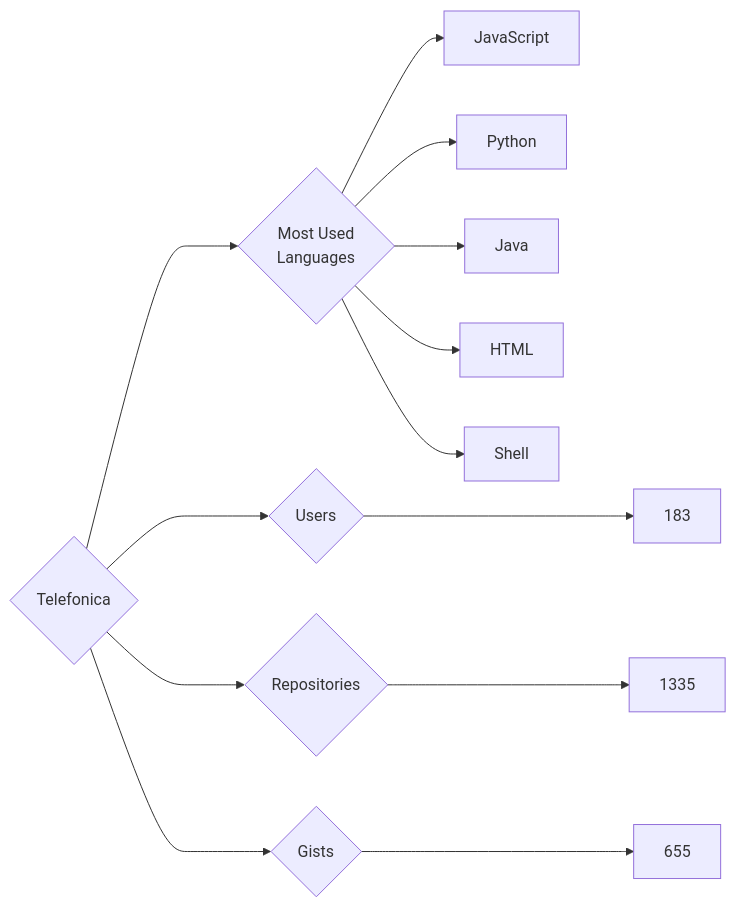
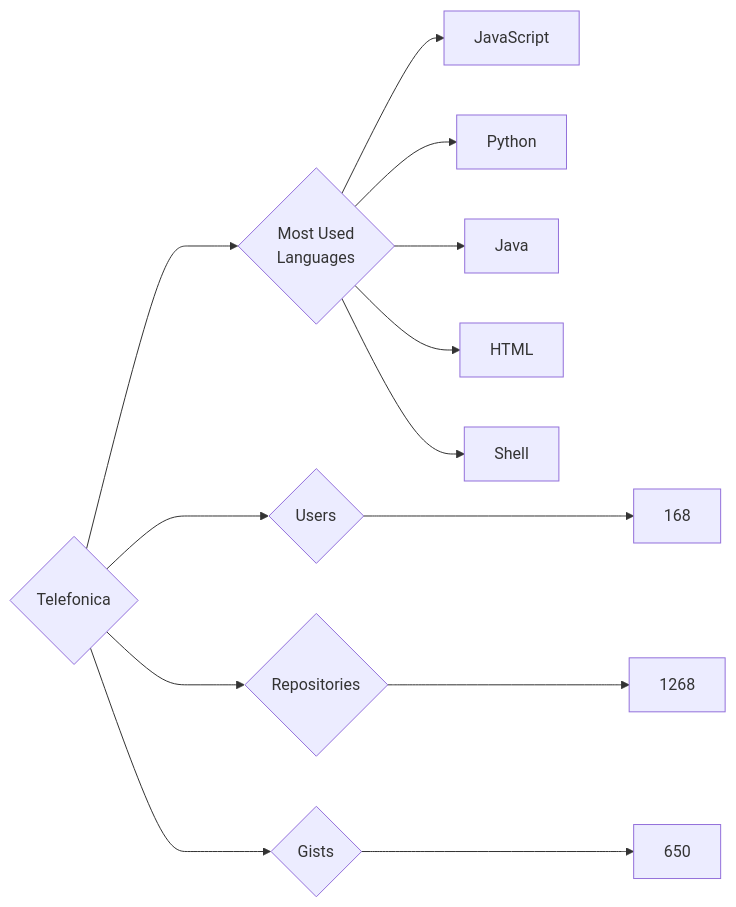
The diagram in targets/Telefonica/README.md (trickest/insiders), drawn with Mermaid before and after one commit. The commit also changed 794 other files, not shown here.

````diff
--- a/targets/Telefonica/README.md
+++ b/targets/Telefonica/README.md
@@ -3,13 +3,13 @@
 ```mermaid
 graph LR
 COMPANY_NAME{Telefonica}
-COMPANY_NAME ---> U{Users} ---> UN[183]
-COMPANY_NAME ---> R{Repositories} ---> RN[1335]
-COMPANY_NAME ---> G{Gists} ---> GN[655]
+COMPANY_NAME ---> U{Users} ---> UN[168]
+COMPANY_NAME ---> R{Repositories} ---> RN[1268]
+COMPANY_NAME ---> G{Gists} ---> GN[650]
 COMPANY_NAME ---> ML{Most Used<br>Languages}
 ML --> JavaScript[JavaScript]
 ML --> Python[Python]
 ML --> Java[Java]
 ML --> HTML[HTML]
 ML --> Shell[Shell]
 ```
````
